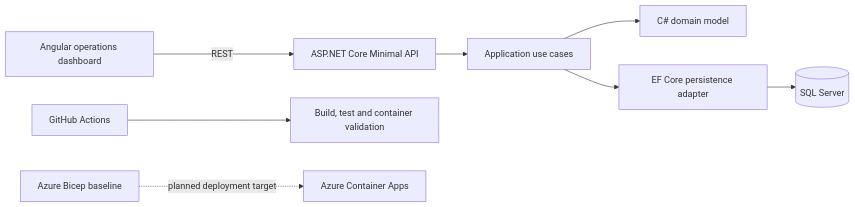
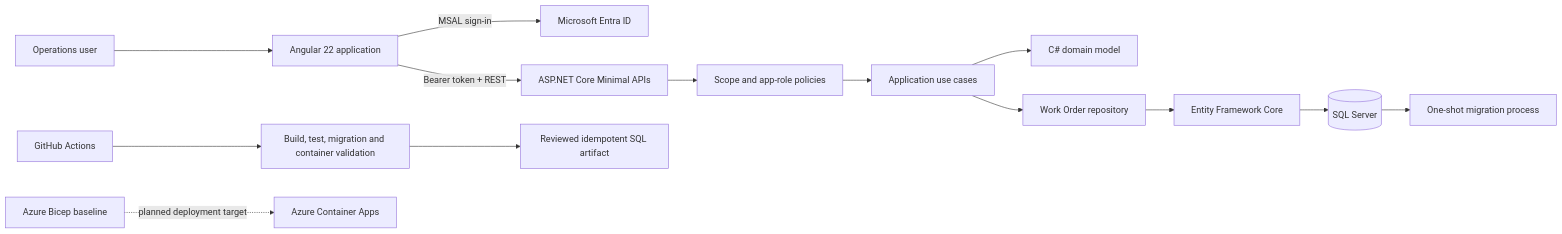
One commit to JinyanShao/helvetic-operations-platform changed the diagram in README.md. Above: the diagram before and after it, drawn with Mermaid. The commit also changed other lines of this file and 3 other files, not shown here.

Commit message:
docs: document work order delivery architecture

````diff
--- a/README.md
+++ b/README.md
@@ -32,11 +35,17 @@
 ```mermaid
 flowchart LR
-    Angular[Angular operations dashboard] -->|REST| API[ASP.NET Core Minimal API]
-    API --> Application[Application use cases]
+    User[Operations user] --> Angular[Angular 22 application]
+    Angular -->|MSAL sign-in| Entra[Microsoft Entra ID]
+    Angular -->|Bearer token + REST| API[ASP.NET Core Minimal APIs]
+    API --> Auth[Scope and app-role policies]
+    Auth --> Application[Application use cases]
     Application --> Domain[C# domain model]
-    Application --> Persistence[EF Core persistence adapter]
-    Persistence --> SQL[(SQL Server)]
+    Application --> Repository[Work Order repository]
+    Repository --> EF[Entity Framework Core]
+    EF --> SQL[(SQL Server)]
 
-    CI[GitHub Actions] --> Validation[Build, test and container validation]
+    SQL --> Migrator[One-shot migration process]
+    CI[GitHub Actions] --> Validation[Build, test, migration and container validation]
+    Validation --> Artifact[Reviewed idempotent SQL artifact]
     Bicep[Azure Bicep baseline] -. planned deployment target .-> Azure[Azure Container Apps]
 ```
````
